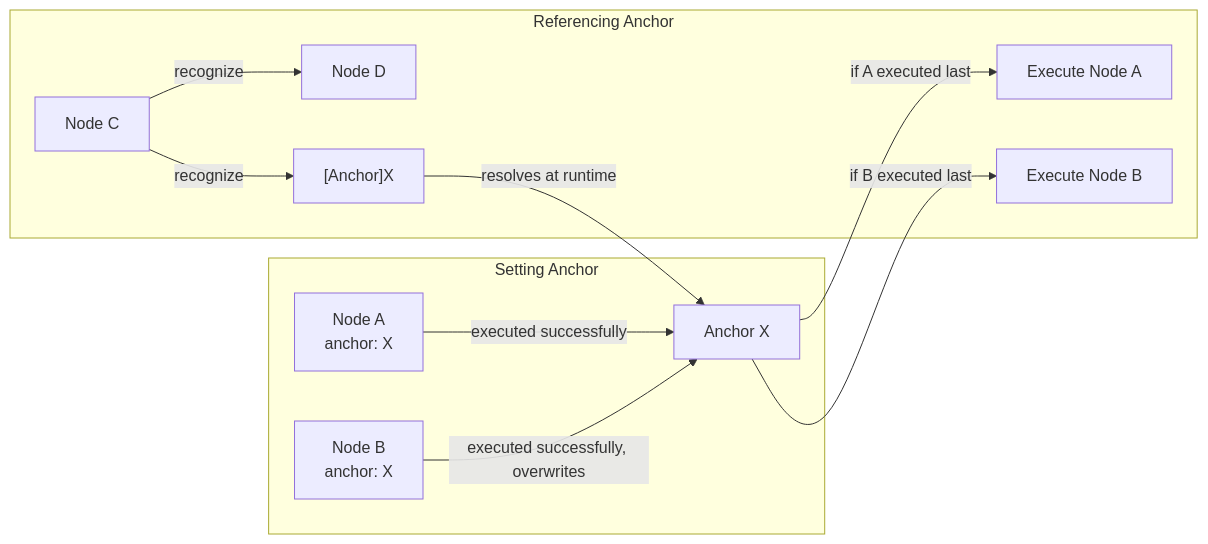
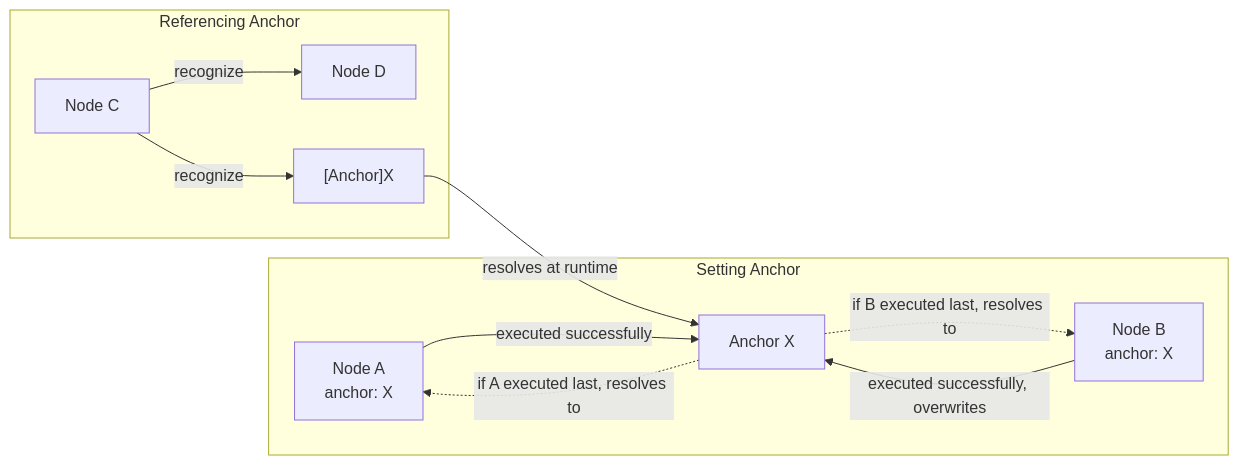
One commit to MaaXYZ/MaaFramework changed the fifth of 5 diagrams in docs/en_us/3.1-PipelineProtocol.md. Above: the diagram before and after it, drawn with Mermaid. The commit also changed 1 other file, not shown here.

Commit message:
Refine anchor diagram to show resolution pointing back to original nodes

````diff
--- a/docs/en_us/3.1-PipelineProtocol.md
+++ b/docs/en_us/3.1-PipelineProtocol.md
@@ -436,14 +436,14 @@
 ```mermaid
 graph LR
     subgraph Setting Anchor
         A[Node A<br/>anchor: X] -->|executed successfully| X[Anchor X]
         B[Node B<br/>anchor: X] -->|executed successfully, overwrites| X
     end
     subgraph Referencing Anchor
         C[Node C] -->|recognize| D[Node D]
         C -->|recognize| E["[Anchor]X"]
         E -->|resolves at runtime| X
-        X -->|if A executed last| RA[Execute Node A]
-        X -->|if B executed last| RB[Execute Node B]
+        X -.->|if A executed last, resolves to| A
+        X -.->|if B executed last, resolves to| B
     end
 ```
````
